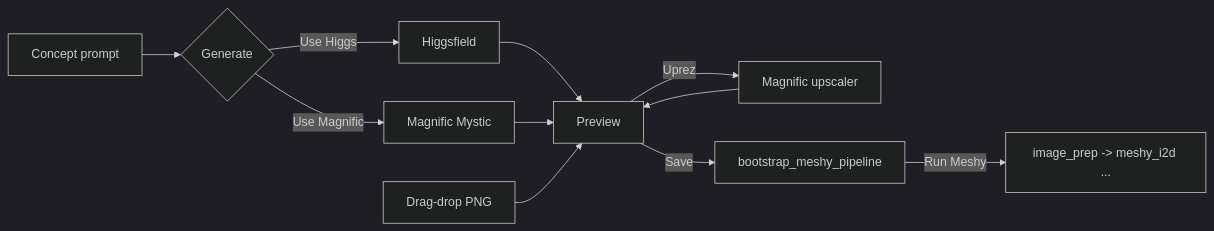
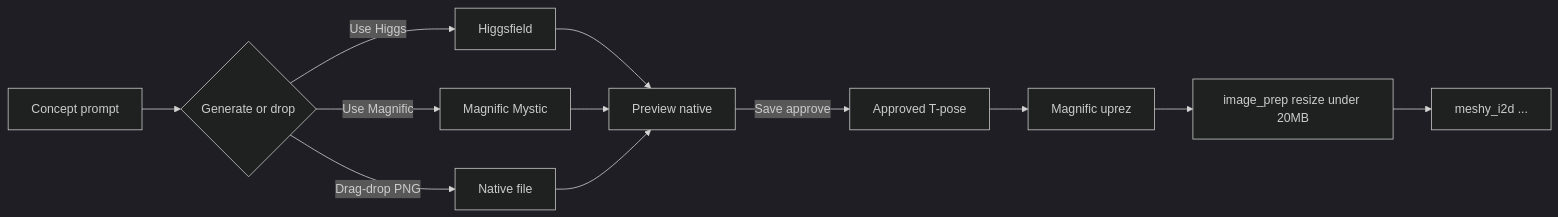
One commit to EazyTom/asset-assembly-automator changed the first of 7 diagrams in README.md. Above: the diagram before and after it, drawn with Mermaid (dark theme). The commit also changed other lines of this file and 21 other files, not shown here.

Commit message:
magnific uprez after concept approval / optional

````diff
--- a/README.md
+++ b/README.md
@@ -76,12 +76,14 @@
 ```mermaid
 flowchart LR
-    prompt[Concept prompt] --> gen{Generate}
+    prompt[Concept prompt] --> gen{Generate or drop}
     gen -->|Use Higgs| hf[Higgsfield]
     gen -->|Use Magnific| mag[Magnific Mystic]
-    hf --> prev[Preview]
+    gen -->|Drag-drop PNG| drop[Native file]
+    hf --> prev[Preview native]
     mag --> prev
-    drop[Drag-drop PNG] --> prev
-    prev -->|Uprez| up[Magnific upscaler] --> prev
-    prev -->|Save| boot[bootstrap_meshy_pipeline]
-    boot -->|Run Meshy| meshy[image_prep -> meshy_i2d ...]
+    drop --> prev
+    prev -->|Save approve| appr[Approved T-pose]
+    appr --> up[Magnific uprez]
+    up --> prep[image_prep resize under 20MB]
+    prep --> meshy[meshy_i2d ...]
 ```
````
